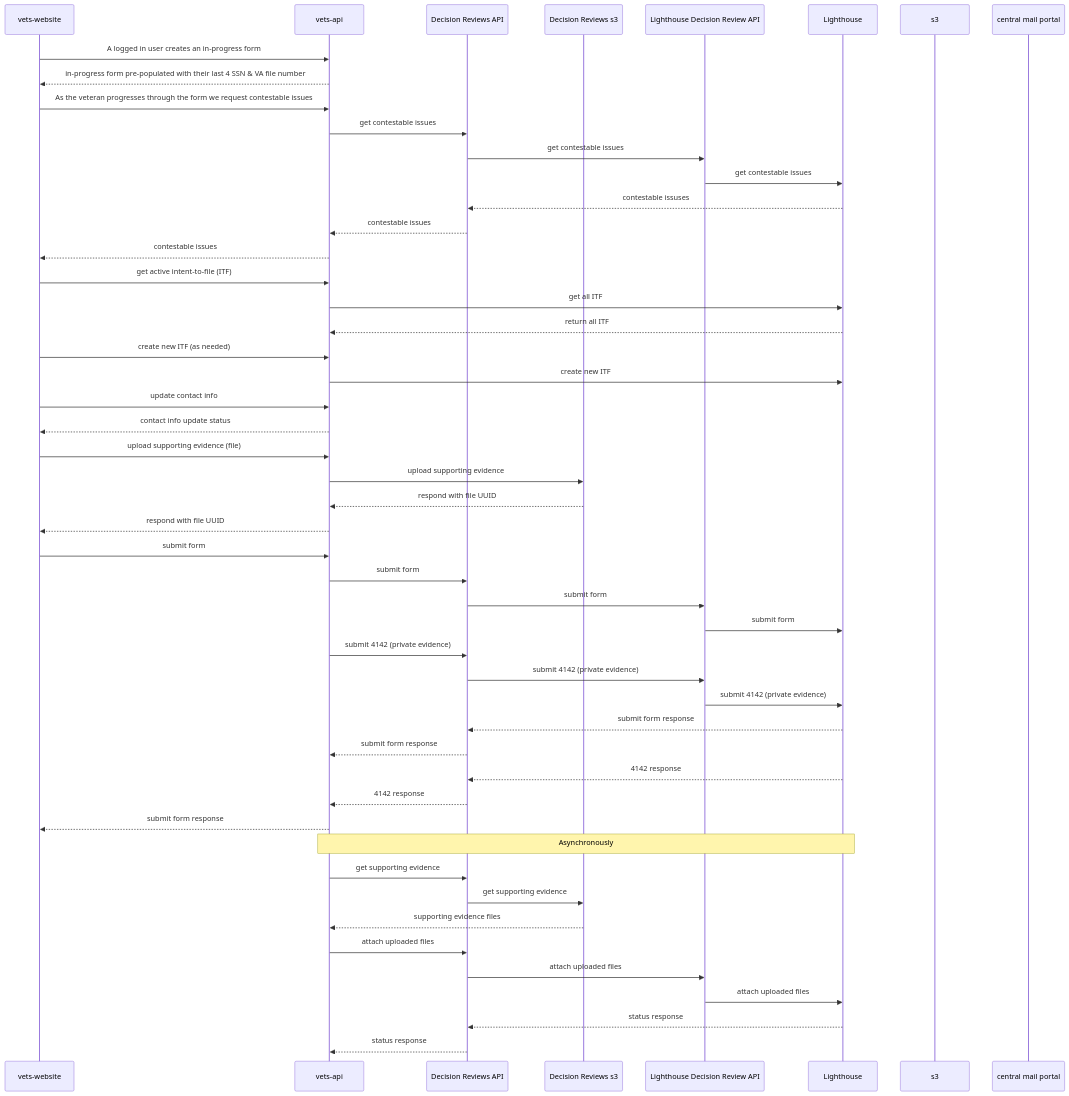
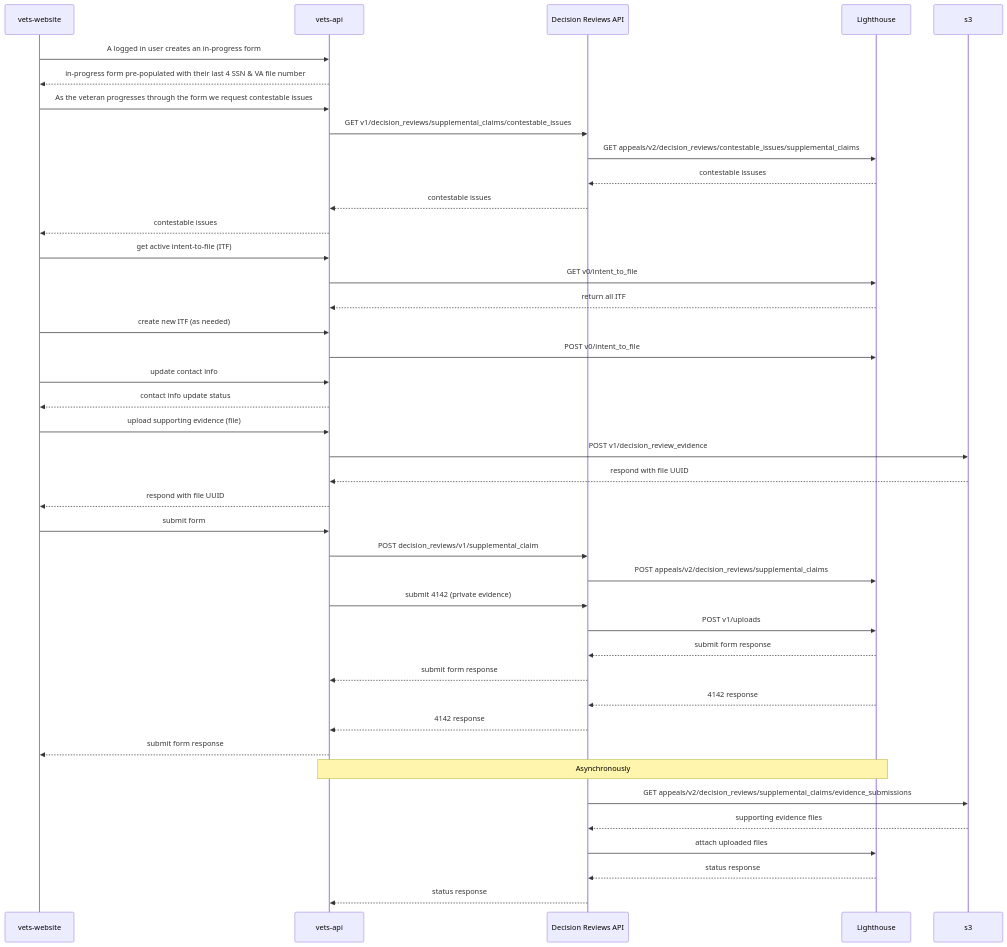
One commit to department-of-veterans-affairs/va.gov-team changed the diagram in products/decision-reviews/Supplemental-Claims/engineering/SC_sequence_diagram.md. Above: the diagram before and after it, drawn with Mermaid.

Commit message:
Update mermaid sequence diagram with relative path

````diff
--- a/products/decision-reviews/Supplemental-Claims/engineering/SC_sequence_diagram.md
+++ b/products/decision-reviews/Supplemental-Claims/engineering/SC_sequence_diagram.md
@@ -3,64 +3,60 @@
 ```mermaid
 sequenceDiagram
   participant vets-website
   participant vets-api
   participant DecisionReviews as Decision Reviews API
-  participant DecisionReviewsS3 as Decision Reviews s3
-  participant LighthouseDr as Lighthouse Decision Review API
   participant Lighthouse
   participant s3
-  participant centralmail as central mail portal
+
 
   vets-website ->> vets-api: A logged in user creates an in-progress form
   vets-api -->> vets-website: in-progress form pre-populated with their last 4 SSN & VA file number
 
   vets-website ->> vets-api: As the veteran progresses through the form we request contestable issues
-  vets-api ->> DecisionReviews: get contestable issues
-  DecisionReviews ->> LighthouseDr: get contestable issues
-  LighthouseDr ->> Lighthouse: get contestable issues
+  vets-api ->> DecisionReviews: GET v1/decision_reviews/supplemental_claims/contestable_issues
+  DecisionReviews ->> Lighthouse: GET appeals/v2/decision_reviews/contestable_issues/supplemental_claims
+
 
   Lighthouse -->> DecisionReviews: contestable issuses
   DecisionReviews -->> vets-api: contestable issues
   vets-api -->> vets-website: contestable issues
 
   vets-website ->> vets-api: get active intent-to-file (ITF)
-  vets-api ->> Lighthouse: get all ITF
+  vets-api ->> Lighthouse: GET v0/intent_to_file
   Lighthouse -->> vets-api: return all ITF
 
   vets-website ->> vets-api: create new ITF (as needed)
 
-  vets-api ->> Lighthouse: create new ITF
+  vets-api ->> Lighthouse: POST v0/intent_to_file
 
   vets-website ->> vets-api: update contact info
   vets-api -->> vets-website: contact info update status
 
   vets-website ->> vets-api: upload supporting evidence (file)
-  vets-api ->> DecisionReviewsS3: upload supporting evidence
+  vets-api ->> s3: POST v1/decision_review_evidence
 
-  DecisionReviewsS3 -->> vets-api: respond with file UUID
+  s3 -->> vets-api: respond with file UUID
   vets-api -->> vets-website: respond with file UUID
 
   vets-website ->> vets-api: submit form
-  vets-api ->> DecisionReviews: submit form
-  DecisionReviews ->> LighthouseDr: submit form
-  LighthouseDr ->> Lighthouse: submit form
+  vets-api ->> DecisionReviews: POST decision_reviews/v1/supplemental_claim
+  DecisionReviews ->> Lighthouse: POST appeals/v2/decision_reviews/supplemental_claims
+
   vets-api ->> DecisionReviews: submit 4142 (private evidence)
-  DecisionReviews ->> LighthouseDr: submit 4142 (private evidence)
-  LighthouseDr ->> Lighthouse: submit 4142 (private evidence)
+  DecisionReviews ->> Lighthouse: POST v1/uploads
 
   Lighthouse -->> DecisionReviews: submit form response
   DecisionReviews -->> vets-api: submit form response
   Lighthouse -->> DecisionReviews: 4142 response
   DecisionReviews -->> vets-api: 4142 response
   vets-api -->> vets-website: submit form response
 
   note over vets-api,Lighthouse: Asynchronously
-  vets-api ->> DecisionReviews: get supporting evidence
-  DecisionReviews ->> DecisionReviewsS3: get supporting evidence
-  DecisionReviewsS3 -->> vets-api: supporting evidence files
-  vets-api ->> DecisionReviews: attach uploaded files
-  DecisionReviews ->> LighthouseDr: attach uploaded files
-  LighthouseDr ->> Lighthouse: attach uploaded files
+
+  DecisionReviews ->> s3: GET appeals/v2/decision_reviews/supplemental_claims/evidence_submissions
+  s3 -->> DecisionReviews: supporting evidence files
+
+  DecisionReviews ->> Lighthouse: attach uploaded files
   Lighthouse -->> DecisionReviews: status response
   DecisionReviews -->> vets-api: status response
 ```
````
